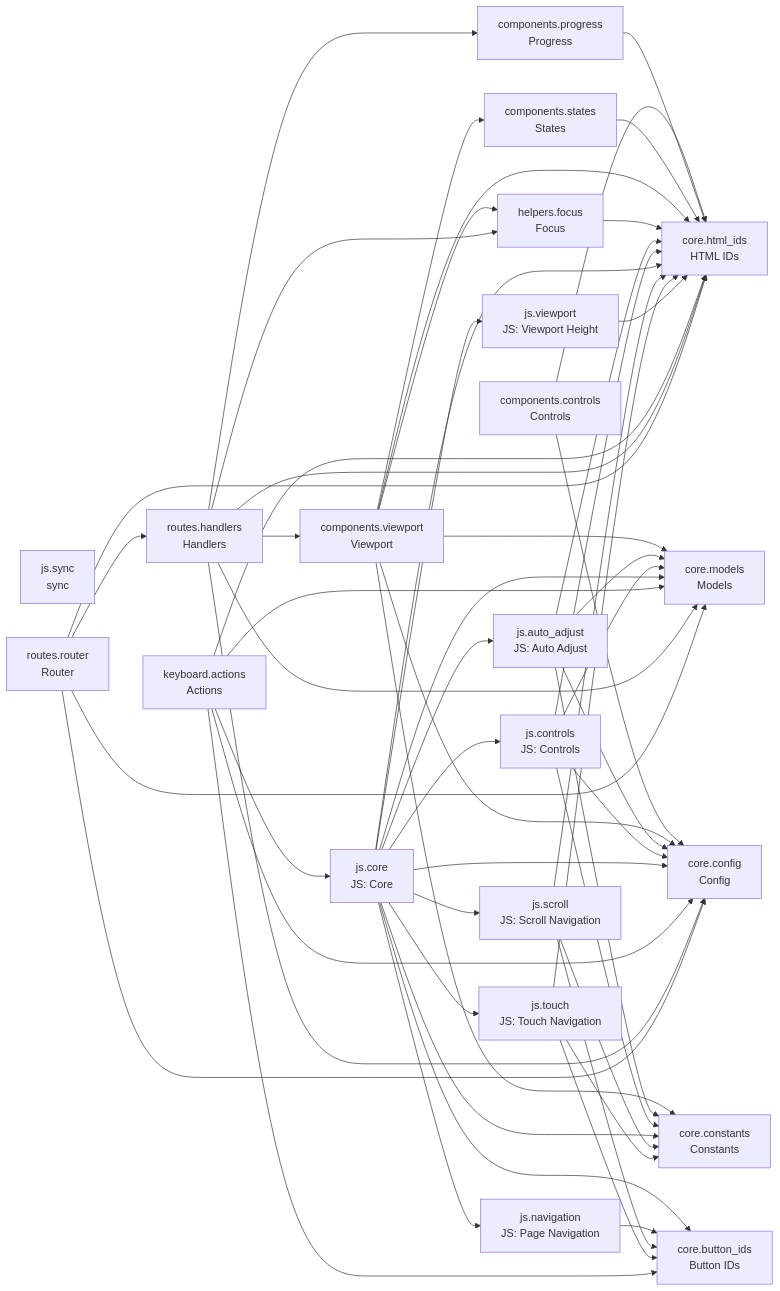
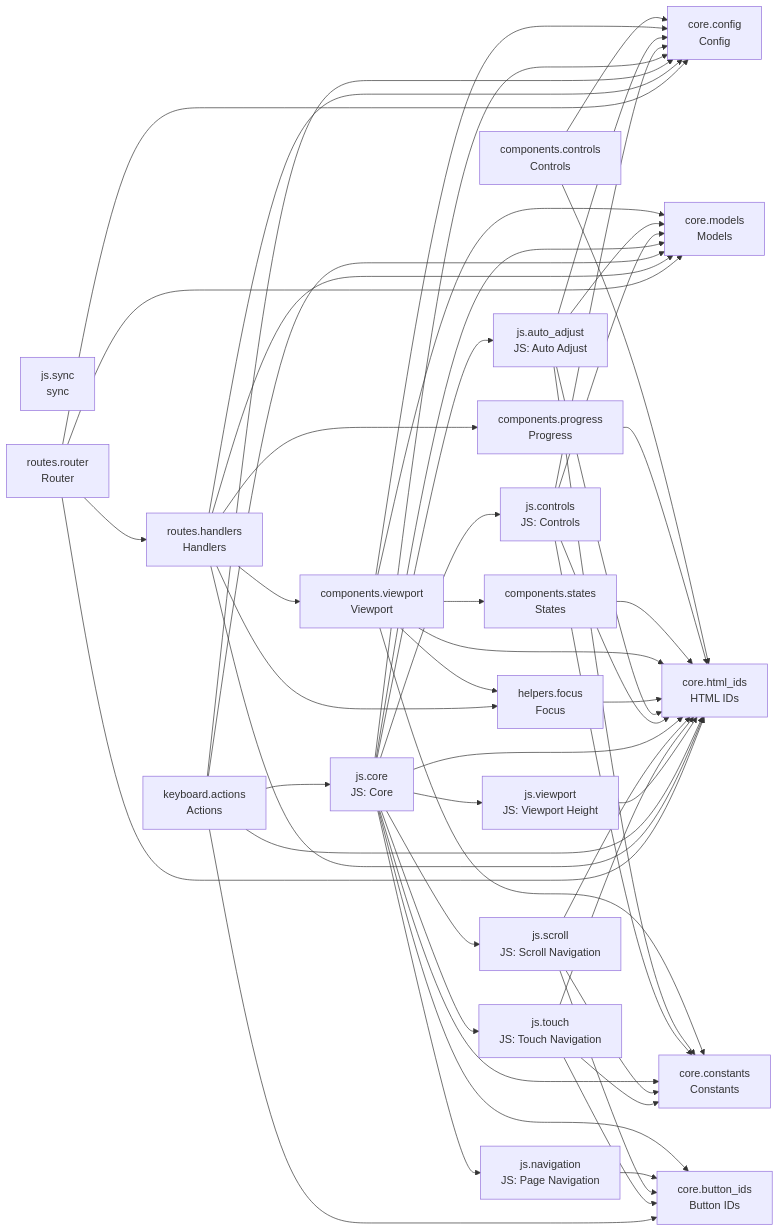
The diagram in README.md (cj-mills/cjm-fasthtml-card-stack), drawn with Mermaid before and after one commit. The commit also changed other lines of this file and 3 other files, not shown here.

````diff
--- a/README.md
+++ b/README.md
@@ -47,78 +47,78 @@
 ``` mermaid
 graph LR
     components_controls[components.controls<br/>Controls]
     components_progress[components.progress<br/>Progress]
     components_states[components.states<br/>States]
     components_viewport[components.viewport<br/>Viewport]
     core_button_ids[core.button_ids<br/>Button IDs]
     core_config[core.config<br/>Config]
     core_constants[core.constants<br/>Constants]
     core_html_ids[core.html_ids<br/>HTML IDs]
     core_models[core.models<br/>Models]
     helpers_focus[helpers.focus<br/>Focus]
     js_auto_adjust[js.auto_adjust<br/>JS: Auto Adjust]
     js_controls[js.controls<br/>JS: Controls]
     js_core[js.core<br/>JS: Core]
     js_navigation[js.navigation<br/>JS: Page Navigation]
     js_scroll[js.scroll<br/>JS: Scroll Navigation]
     js_sync[js.sync<br/>sync]
     js_touch[js.touch<br/>JS: Touch Navigation]
     js_viewport[js.viewport<br/>JS: Viewport Height]
     keyboard_actions[keyboard.actions<br/>Actions]
     routes_handlers[routes.handlers<br/>Handlers]
     routes_router[routes.router<br/>Router]
 
     components_controls --> core_config
     components_controls --> core_html_ids
     components_progress --> core_html_ids
     components_states --> core_html_ids
     components_viewport --> components_states
+    components_viewport --> core_constants
+    components_viewport --> core_config
     components_viewport --> core_models
-    components_viewport --> core_config
-    components_viewport --> core_constants
     components_viewport --> core_html_ids
     components_viewport --> helpers_focus
     helpers_focus --> core_html_ids
+    js_auto_adjust --> core_models
+    js_auto_adjust --> core_config
+    js_auto_adjust --> core_constants
     js_auto_adjust --> core_html_ids
-    js_auto_adjust --> core_constants
-    js_auto_adjust --> core_config
-    js_auto_adjust --> core_models
+    js_controls --> core_constants
+    js_controls --> core_models
+    js_controls --> core_config
     js_controls --> core_html_ids
-    js_controls --> core_constants
-    js_controls --> core_config
-    js_controls --> core_models
+    js_core --> js_viewport
+    js_core --> core_constants
+    js_core --> core_config
+    js_core --> js_controls
     js_core --> js_scroll
-    js_core --> core_constants
+    js_core --> core_button_ids
+    js_core --> js_auto_adjust
+    js_core --> core_models
+    js_core --> core_html_ids
     js_core --> js_navigation
-    js_core --> core_config
-    js_core --> js_auto_adjust
-    js_core --> js_controls
-    js_core --> core_html_ids
     js_core --> js_touch
-    js_core --> js_viewport
-    js_core --> core_models
-    js_core --> core_button_ids
     js_navigation --> core_button_ids
+    js_scroll --> core_constants
     js_scroll --> core_html_ids
-    js_scroll --> core_constants
     js_scroll --> core_button_ids
+    js_touch --> core_constants
     js_touch --> core_html_ids
-    js_touch --> core_constants
     js_touch --> core_button_ids
     js_viewport --> core_html_ids
+    keyboard_actions --> js_core
     keyboard_actions --> core_config
-    keyboard_actions --> core_html_ids
-    keyboard_actions --> js_core
     keyboard_actions --> core_button_ids
     keyboard_actions --> core_models
+    keyboard_actions --> core_html_ids
     routes_handlers --> components_viewport
+    routes_handlers --> core_config
+    routes_handlers --> helpers_focus
     routes_handlers --> core_models
-    routes_handlers --> helpers_focus
-    routes_handlers --> core_config
     routes_handlers --> core_html_ids
     routes_handlers --> components_progress
+    routes_router --> core_config
+    routes_router --> core_models
     routes_router --> routes_handlers
-    routes_router --> core_models
-    routes_router --> core_config
     routes_router --> core_html_ids
 ```
````
